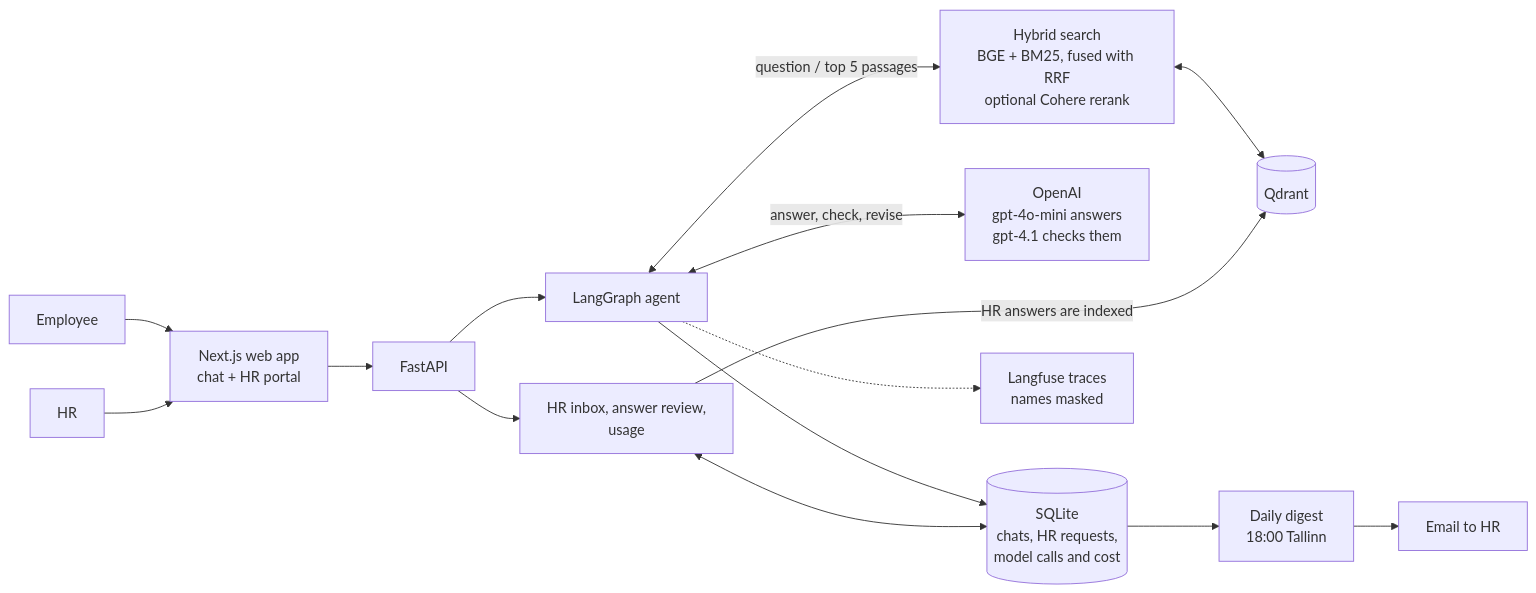
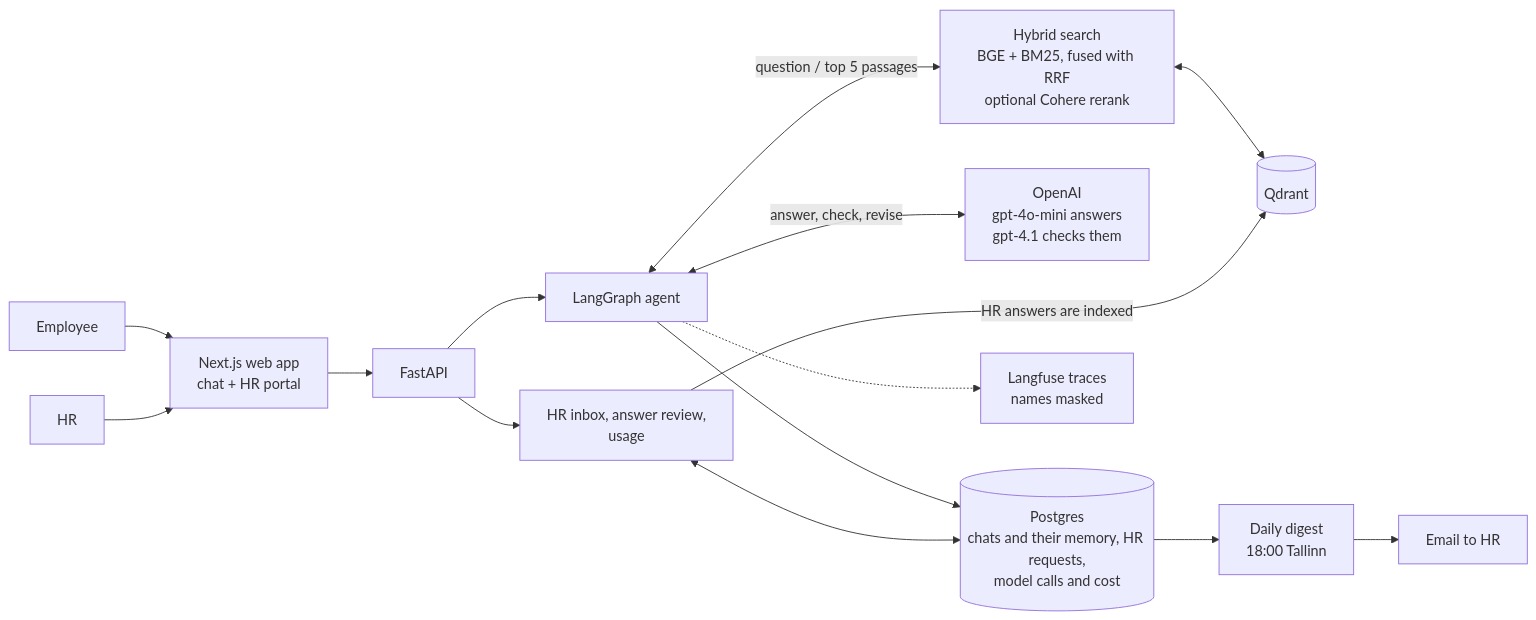
One commit to ShishirRijal/hr-onboarding-agent changed the first of 2 diagrams in README.md. Above: the diagram before and after it, drawn with Mermaid. The commit also changed other lines of this file and 8 other files, not shown here.

Commit message:
feat: move the database to Postgres, with a tested script that copies the SQLite data and checks every row

````diff
--- a/README.md
+++ b/README.md
@@ -14,16 +14,16 @@
 ```mermaid
 flowchart LR
   E[Employee] --> WEB[Next.js web app<br/>chat + HR portal]
   HR[HR] --> WEB
   WEB --> API[FastAPI]
   API --> AG[LangGraph agent]
   AG <-->|question / top 5 passages| RET[Hybrid search<br/>BGE + BM25, fused with RRF<br/>optional Cohere rerank]
   RET <--> QD[(Qdrant)]
   AG <-->|answer, check, revise| LLM[OpenAI<br/>gpt-4o-mini answers<br/>gpt-4.1 checks them]
-  AG --> DB[(SQLite<br/>chats, HR requests,<br/>model calls and cost)]
+  AG --> DB[(Postgres<br/>chats and their memory, HR requests,<br/>model calls and cost)]
   AG -.-> LF[Langfuse traces<br/>names masked]
   API --> PORTAL[HR inbox, answer review,<br/>usage]
   PORTAL <--> DB
   PORTAL -->|HR answers are indexed| QD
   DB --> DIG[Daily digest<br/>18:00 Tallinn] --> MAIL[Email to HR]
 ```
````
